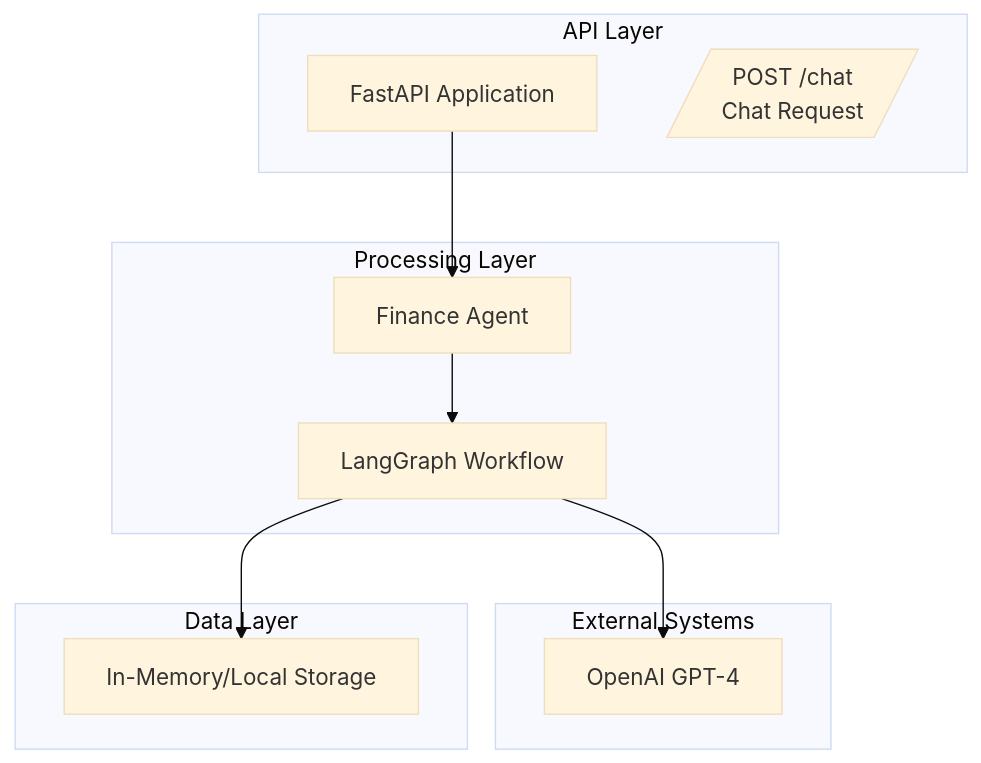
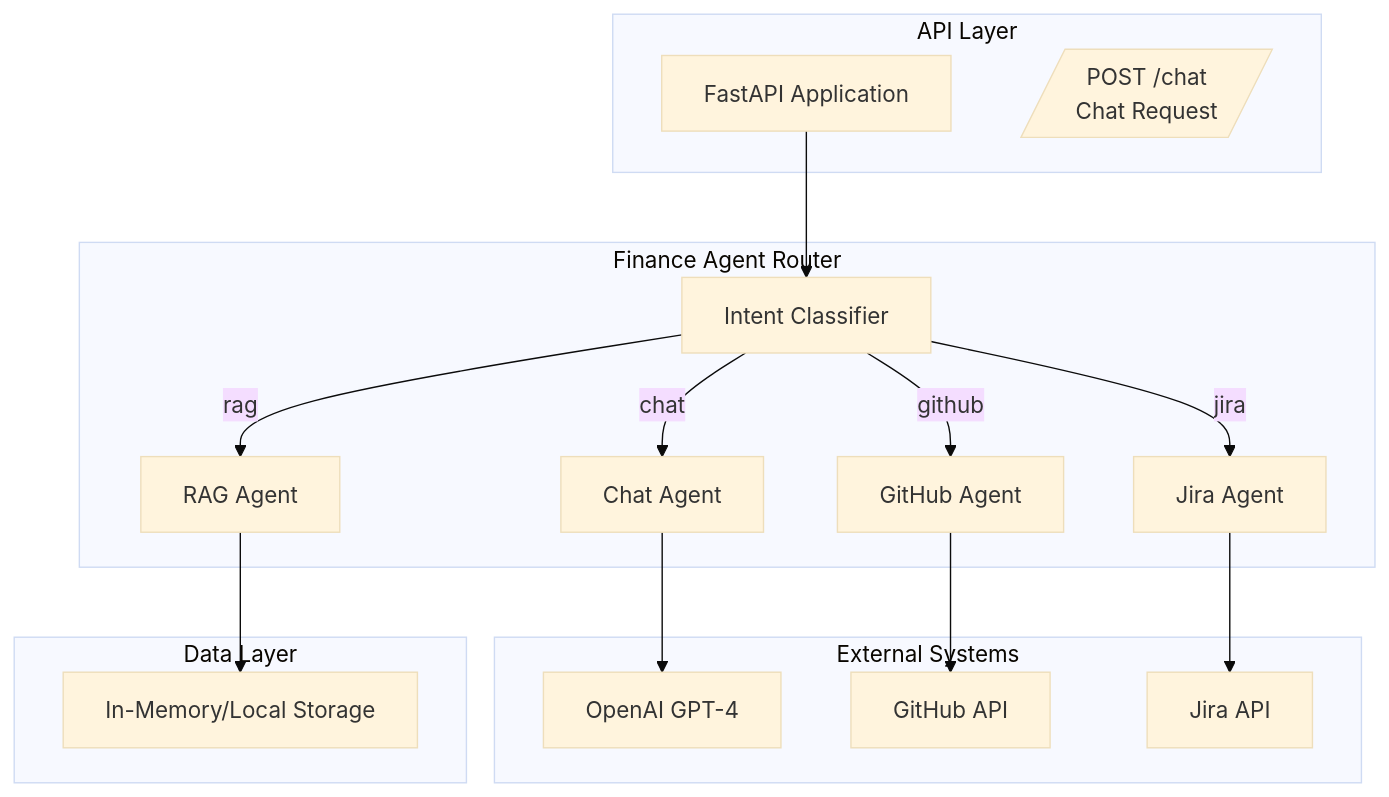
Before and after one commit to shayne007/finance-chat-agent: the first of 2 diagrams in docs/feature000-finance-agent/finance-agent-design.md, drawn with Mermaid (base theme). The commit also changed other lines of this file and 1 other file, not shown here.

````diff
--- a/docs/feature000-finance-agent/finance-agent-design.md
+++ b/docs/feature000-finance-agent/finance-agent-design.md
@@ -15,25 +15,36 @@
 ```mermaid
 graph TB
     subgraph "External Systems"
         OPENAI[OpenAI GPT-4]
+        GITHUB_API[GitHub API]
+        JIRA_API[Jira API]
     end
     
     subgraph "API Layer"
         API[FastAPI Application]
         CHAT_API[/"POST /chat<br/>Chat Request"/]
     end
     
-    subgraph "Processing Layer"
-        AGENT[Finance Agent]
-        GRAPH[LangGraph Workflow]
+    subgraph "Finance Agent Router"
+        ROUTER[Intent Classifier]
+        CHAT[Chat Agent]
+        JIRA[Jira Agent]
+        GITHUB[GitHub Agent]
+        RAG[RAG Agent]
     end
     
     subgraph "Data Layer"
         MEMORY[In-Memory/Local Storage]
     end
     
-    API --> AGENT
-    AGENT --> GRAPH
-    GRAPH --> OPENAI
-    GRAPH --> MEMORY
+    API --> ROUTER
+    ROUTER -->|chat| CHAT
+    ROUTER -->|jira| JIRA
+    ROUTER -->|github| GITHUB
+    ROUTER -->|rag| RAG
+    
+    CHAT --> OPENAI
+    JIRA --> JIRA_API
+    GITHUB --> GITHUB_API
+    RAG --> MEMORY
 ```
````
